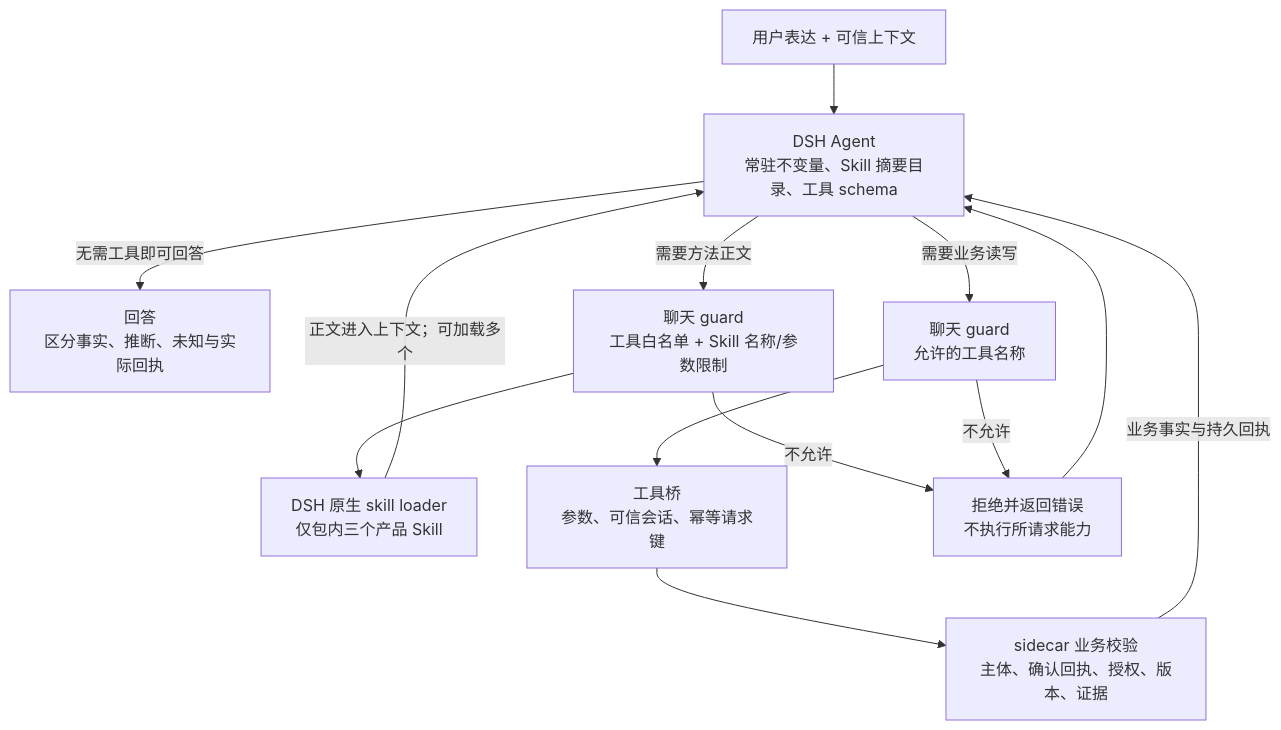
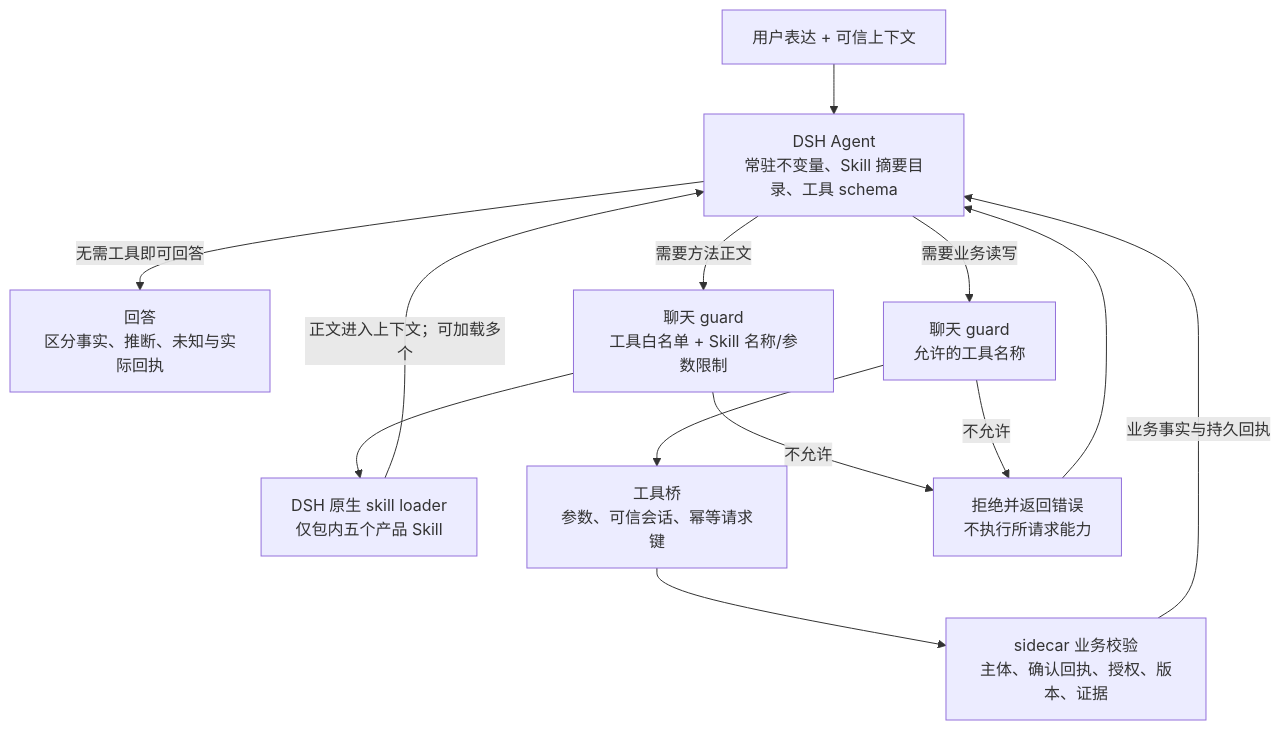
One commit to PABIPRG/investment-research-agent changed the fourth of 5 diagrams in docs/当前架构与装配.md. Above: the diagram before and after it, drawn with Mermaid. The commit also changed other lines of this file and 473 other files, not shown here.

````diff
--- a/docs/当前架构与装配.md
+++ b/docs/当前架构与装配.md
@@ -142,15 +163,15 @@
 ```mermaid
 flowchart TB
   input["用户表达 + 可信上下文"] --> agent["DSH Agent<br/>常驻不变量、Skill 摘要目录、工具 schema"]
   agent -->|"无需工具即可回答"| answer["回答<br/>区分事实、推断、未知与实际回执"]
   agent -->|"需要方法正文"| skillguard["聊天 guard<br/>工具白名单 + Skill 名称/参数限制"]
-  skillguard --> loader["DSH 原生 skill loader<br/>仅包内三个产品 Skill"]
+  skillguard --> loader["DSH 原生 skill loader<br/>仅包内五个产品 Skill"]
   loader -->|"正文进入上下文；可加载多个"| agent
   agent -->|"需要业务读写"| toolguard["聊天 guard<br/>允许的工具名称"]
   toolguard --> bridge["工具桥<br/>参数、可信会话、幂等请求键"]
   bridge --> api["sidecar 业务校验<br/>主体、确认回执、授权、版本、证据"]
   api -->|"业务事实与持久回执"| agent
   skillguard -->|"不允许"| rejected["拒绝并返回错误<br/>不执行所请求能力"]
   toolguard -->|"不允许"| rejected
   rejected --> agent
 ```
````
